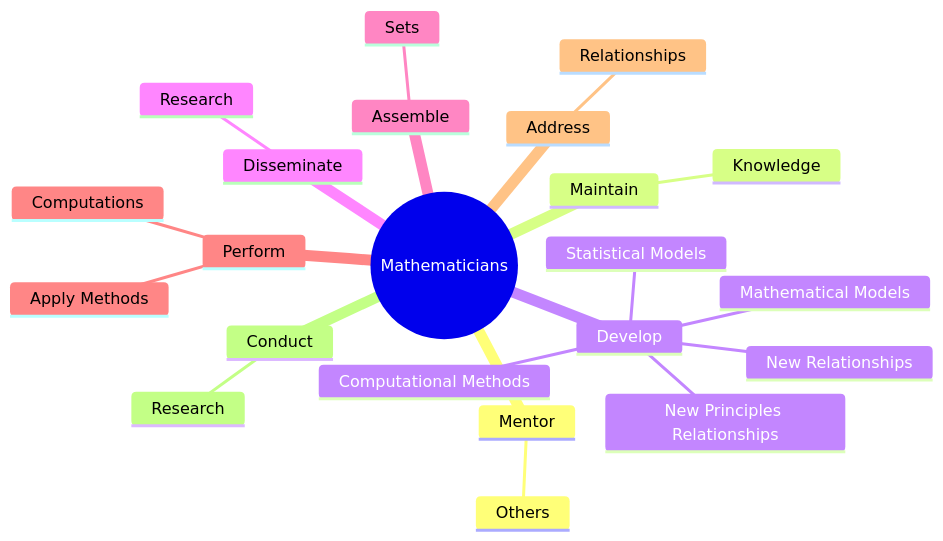
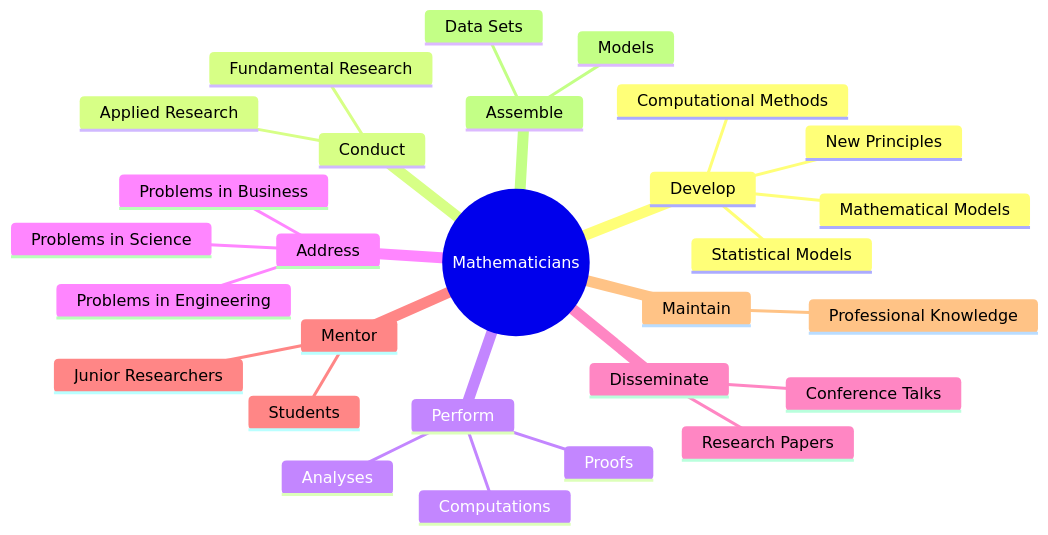
The second of 4 diagrams in occupations/Technology/Mathematicians.mdx (kziemski/business.org.ai), drawn with Mermaid before and after one commit. The commit also changed other lines of this file and 938 other files, not shown here.

````diff
--- a/occupations/Technology/Mathematicians.mdx
+++ b/occupations/Technology/Mathematicians.mdx
@@ -37,25 +45,31 @@
 ```mermaid
 mindmap
     root(("Mathematicians"))
-        Mentor
-            Others
-        Maintain
-            Knowledge
         Develop
-            New Principles Relationships
-            New Relationships
+            New Principles
             Mathematical Models
             Statistical Models
             Computational Methods
-        Disseminate
-            Research
-        Assemble
-            Sets
+        Conduct
+            Fundamental Research
+            Applied Research
         Perform
             Computations
-            Apply Methods
+            Analyses
+            Proofs
         Address
-            Relationships
-        Conduct
-            Research
+            Problems in Science
+            Problems in Engineering
+            Problems in Business
+        Disseminate
+            Research Papers
+            Conference Talks
+        Mentor
+            Students
+            Junior Researchers
+        Maintain
+            Professional Knowledge
+        Assemble
+            Data Sets
+            Models
 ```
````
